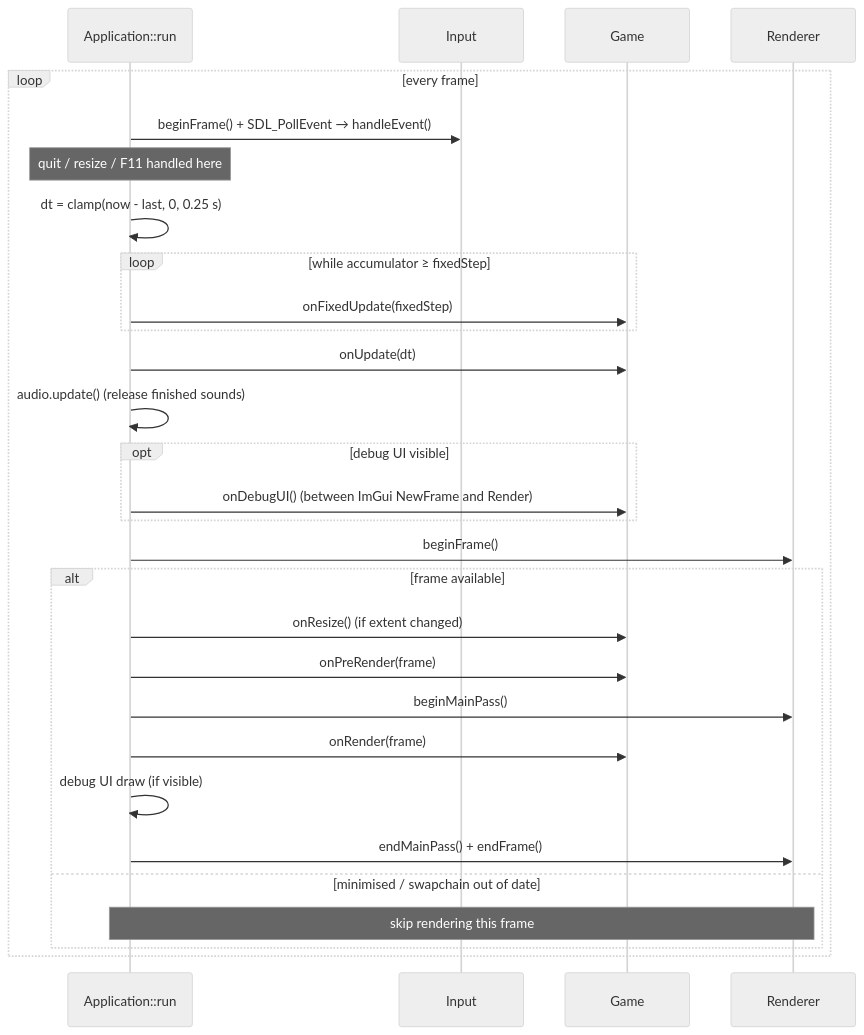
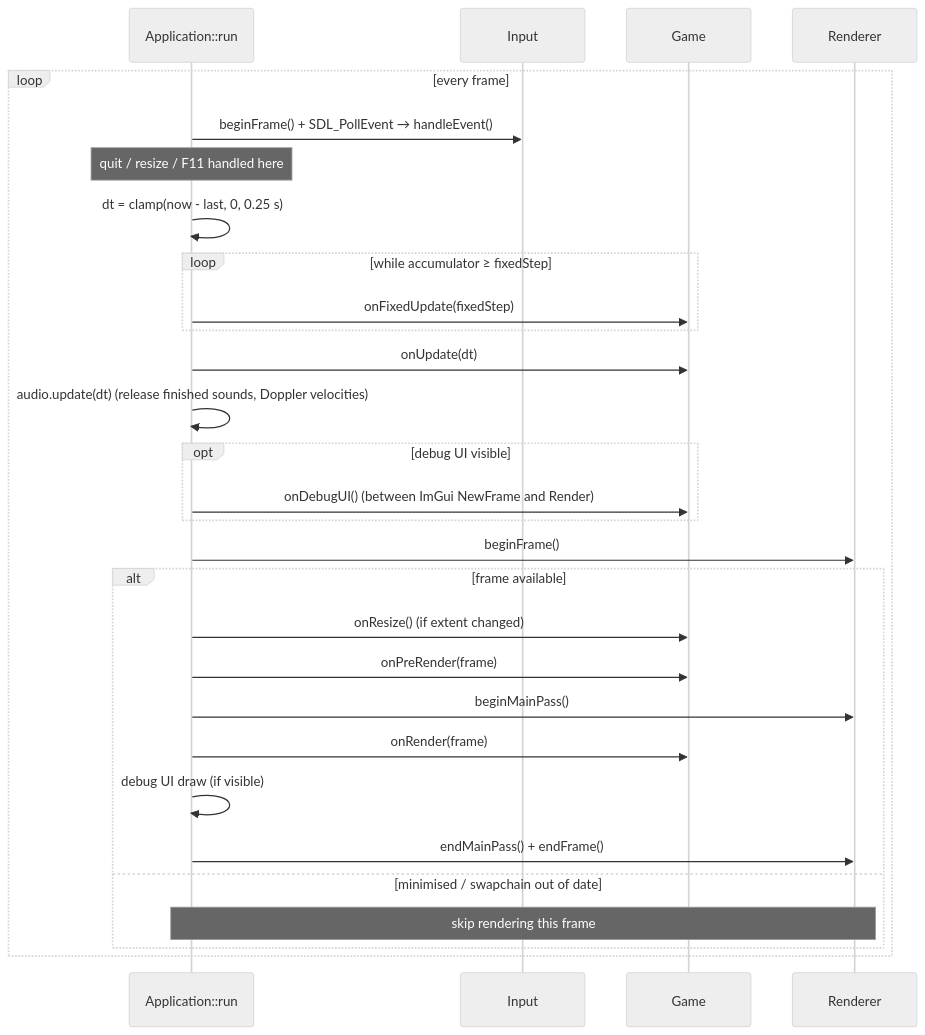
Before and after one commit to Chuck5ta/2DBaseFramework: the fifth of 9 diagrams in docs/ARCHITECTURE.md, drawn with Mermaid (neutral theme). The commit also changed other lines of this file and 5 other files, not shown here.

````diff
--- a/docs/ARCHITECTURE.md
+++ b/docs/ARCHITECTURE.md
@@ -402,32 +413,32 @@
 ```mermaid
 sequenceDiagram
     participant App as Application::run
     participant In as Input
     participant G as Game
     participant R as Renderer
 
     loop every frame
         App->>In: beginFrame() + SDL_PollEvent → handleEvent()
         Note over App: quit / resize / F11 handled here
         App->>App: dt = clamp(now - last, 0, 0.25 s)
         loop while accumulator ≥ fixedStep
             App->>G: onFixedUpdate(fixedStep)
         end
         App->>G: onUpdate(dt)
-        App->>App: audio.update() (release finished sounds)
+        App->>App: audio.update(dt) (release finished sounds, Doppler velocities)
         opt debug UI visible
             App->>G: onDebugUI() (between ImGui NewFrame and Render)
         end
         App->>R: beginFrame()
         alt frame available
             App->>G: onResize() (if extent changed)
             App->>G: onPreRender(frame)
             App->>R: beginMainPass()
             App->>G: onRender(frame)
             App->>App: debug UI draw (if visible)
             App->>R: endMainPass() + endFrame()
         else minimised / swapchain out of date
             Note over App,R: skip rendering this frame
         end
     end
 ```
````
